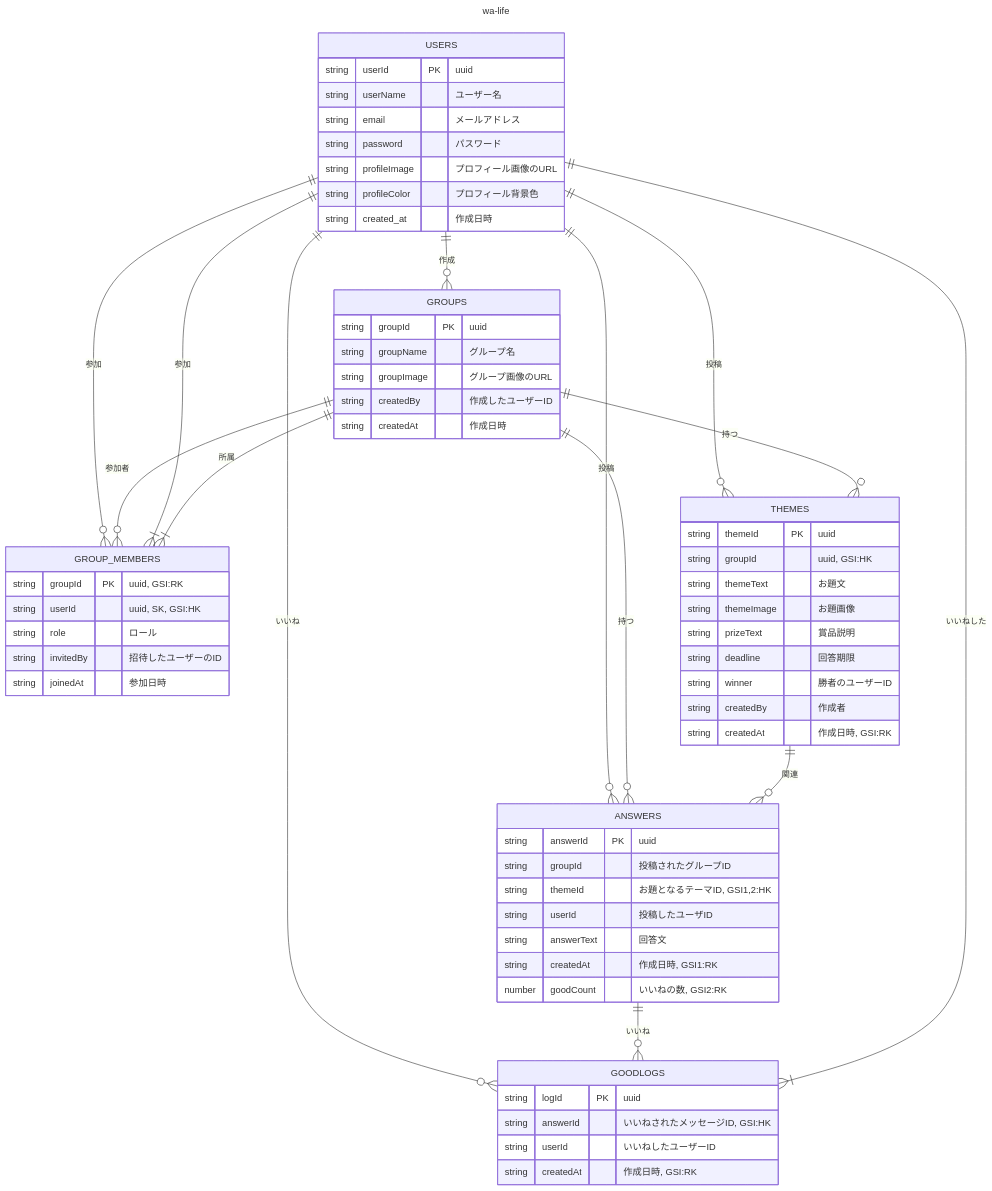
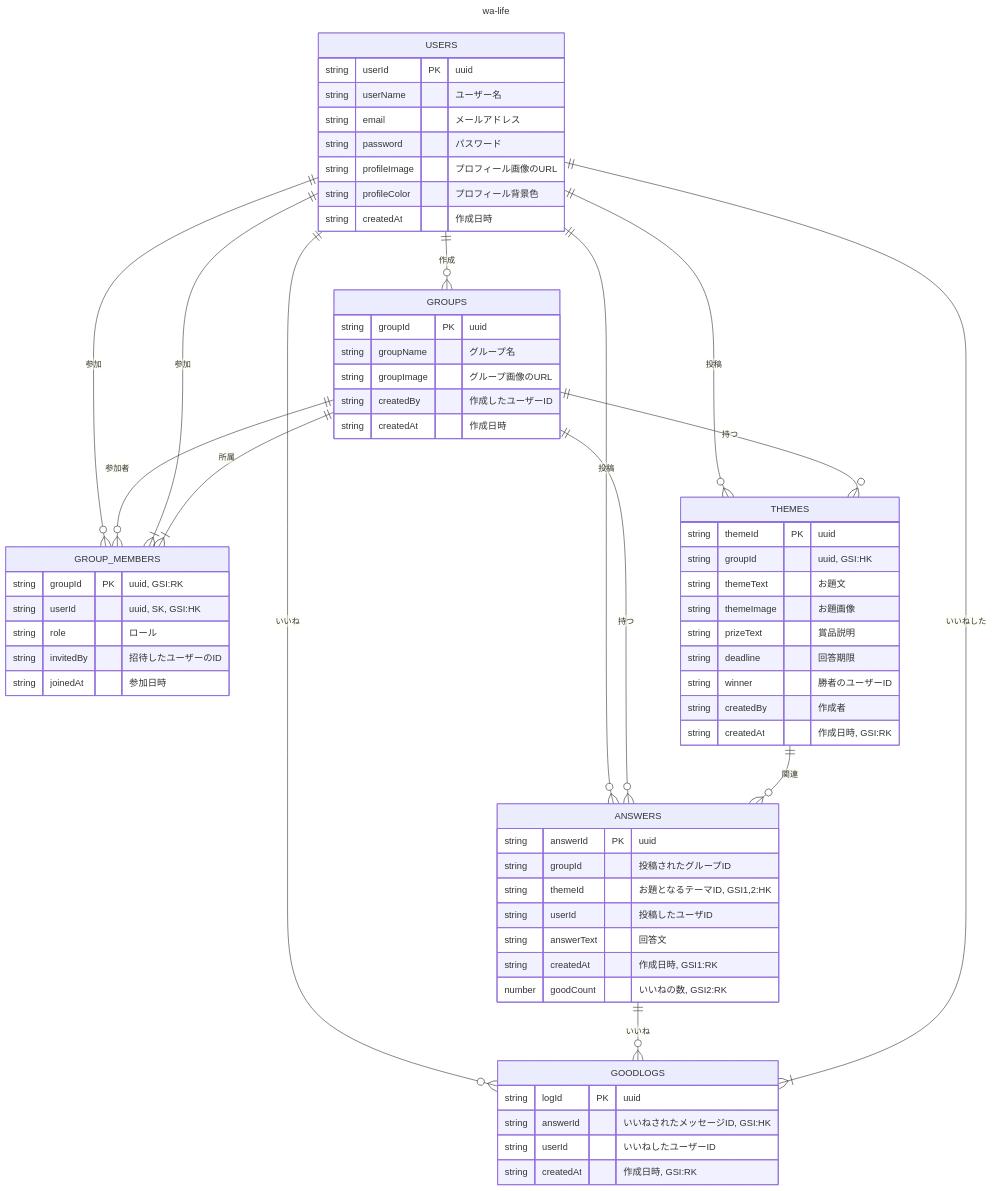
Before and after one commit to tatsurou9003/yumemi-pg-hackathon-team3: the diagram in server/erd.md, drawn with Mermaid.

Commit message:
fix:camelCase

````diff
--- a/server/erd.md
+++ b/server/erd.md
@@ -5,80 +5,80 @@
 ```mermaid
 ---
 title: "wa-life"
 ---
 erDiagram
     USERS {
         string userId PK "uuid"
         string userName "ユーザー名"
         string email "メールアドレス"
         string password "パスワード"
         string profileImage "プロフィール画像のURL"
         string profileColor "プロフィール背景色"
-        string created_at "作成日時"
+        string createdAt "作成日時"
     }
 
     GROUPS {
         string groupId PK "uuid"
         string groupName "グループ名"
         string groupImage "グループ画像のURL"
         string createdBy "作成したユーザーID"
         string createdAt "作成日時"
     }
 
     GROUP_MEMBERS {
         string groupId PK "uuid, GSI:RK"
         string userId "uuid, SK, GSI:HK"
         string role "ロール"
         string invitedBy "招待したユーザーのID"
         string joinedAt "参加日時"
     }
 
     THEMES {
         string themeId PK "uuid"
         string groupId "uuid, GSI:HK"
         string themeText "お題文"
         string themeImage "お題画像"
         string prizeText "賞品説明"
         string deadline "回答期限"
         string winner "勝者のユーザーID"
         string createdBy "作成者"
         string createdAt "作成日時, GSI:RK"
     }
 
     ANSWERS {
         string answerId PK "uuid"
         string groupId "投稿されたグループID"
         string themeId "お題となるテーマID, GSI1,2:HK"
         string userId "投稿したユーザID"
         string answerText "回答文"
         string createdAt "作成日時, GSI1:RK"
         number goodCount "いいねの数, GSI2:RK"
     }
 
     GOODLOGS {
         string logId PK "uuid"
         string answerId "いいねされたメッセージID, GSI:HK"
         string userId "いいねしたユーザーID"
         string createdAt "作成日時, GSI:RK"
     }
 
     USERS ||--o{ GROUPS : "作成"
     USERS ||--o{ GROUP_MEMBERS : "参加"
     USERS ||--o{ THEMES : "投稿"
     USERS ||--o{ ANSWERS : "投稿"
     USERS ||--o{ GOODLOGS : "いいね"
 
     GROUPS ||--o{ THEMES : "持つ"
     GROUPS ||--o{ ANSWERS : "持つ"
     GROUPS ||--o{ GROUP_MEMBERS : "参加者"
 
     GROUP_MEMBERS }|--|| USERS : "参加"
     GROUP_MEMBERS }|--|| GROUPS : "所属"
 
     THEMES ||--o{ ANSWERS : "関連"
 
     ANSWERS ||--o{ GOODLOGS : "いいね"
 
     GOODLOGS }|--|| USERS : "いいねした"
 
 ```
````
